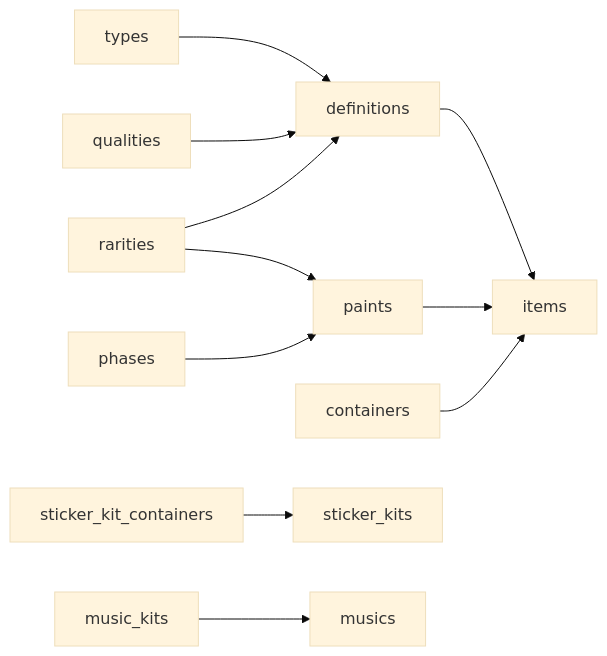
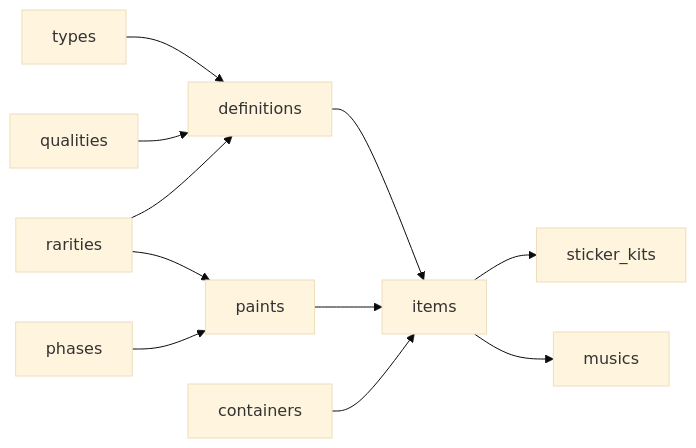
Before and after one commit to somespecialone/cs2-items-schema: the first of 2 diagrams in README.md, drawn with Mermaid (base theme). The commit also changed 19 other files, not shown here.

Commit message:
feat(schema): derive items from VPK index

````diff
--- a/README.md
+++ b/README.md
@@ -28,13 +28,13 @@
 ```mermaid
 flowchart LR
     types[types] --> definitions[definitions]
     qualities[qualities] --> definitions
     rarities[rarities] --> definitions
     rarities --> paints[paints]
     phases[phases] --> paints
     definitions --> items[items]
     paints --> items
     containers[containers] --> items
-    sticker_kit_containers[sticker_kit_containers] --> sticker_kits[sticker_kits]
-    music_kits[music_kits] --> musics[musics]
+    items --> sticker_kits[sticker_kits]
+    items --> musics[musics]
 ```
````
